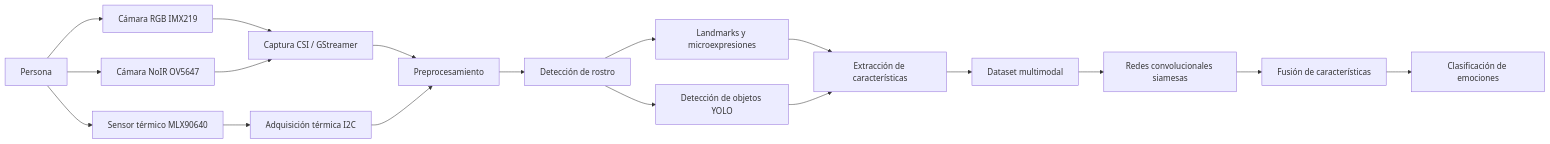
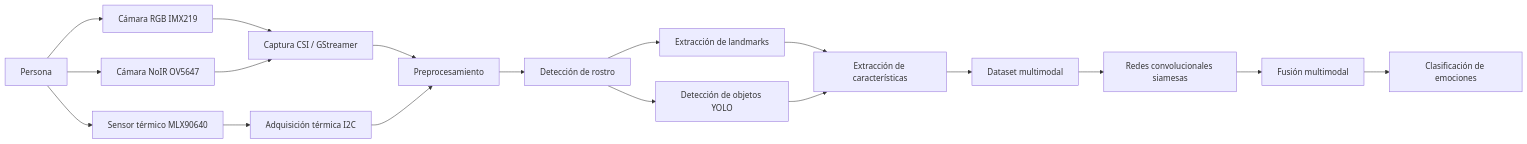
One commit to LuisCasas23-cell/Clasificaci-n-de-v-deo-RGB-y-termogr-fico-mediante-redes-convolucionales-siamesas changed the first of 3 diagrams in README.md. Above: the diagram before and after it, drawn with Mermaid. The commit also changed other lines of this file, not shown here.

````diff
--- a/README.md
+++ b/README.md
@@ -37,25 +45,25 @@
 ```mermaid
 flowchart LR
     A[Persona] --> B[Cámara RGB IMX219]
     A --> C[Cámara NoIR OV5647]
     A --> D[Sensor térmico MLX90640]
 
     B --> E[Captura CSI / GStreamer]
     C --> E
     D --> F[Adquisición térmica I2C]
 
     E --> G[Preprocesamiento]
     F --> G
 
     G --> H[Detección de rostro]
-    H --> I[Landmarks y microexpresiones]
+    H --> I[Extracción de landmarks]
     H --> J[Detección de objetos YOLO]
 
     I --> K[Extracción de características]
     J --> K
 
     K --> L[Dataset multimodal]
     L --> M[Redes convolucionales siamesas]
-    M --> N[Fusión de características]
+    M --> N[Fusión multimodal]
     N --> O[Clasificación de emociones]
 ```
````
